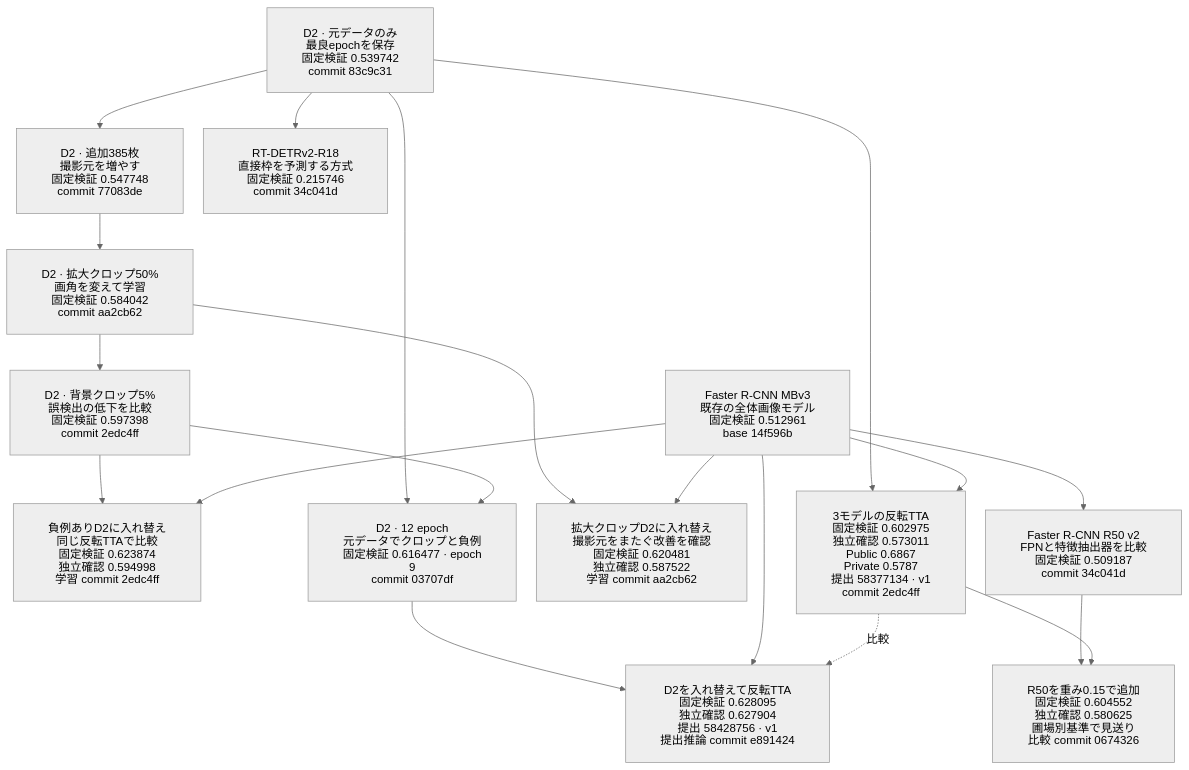
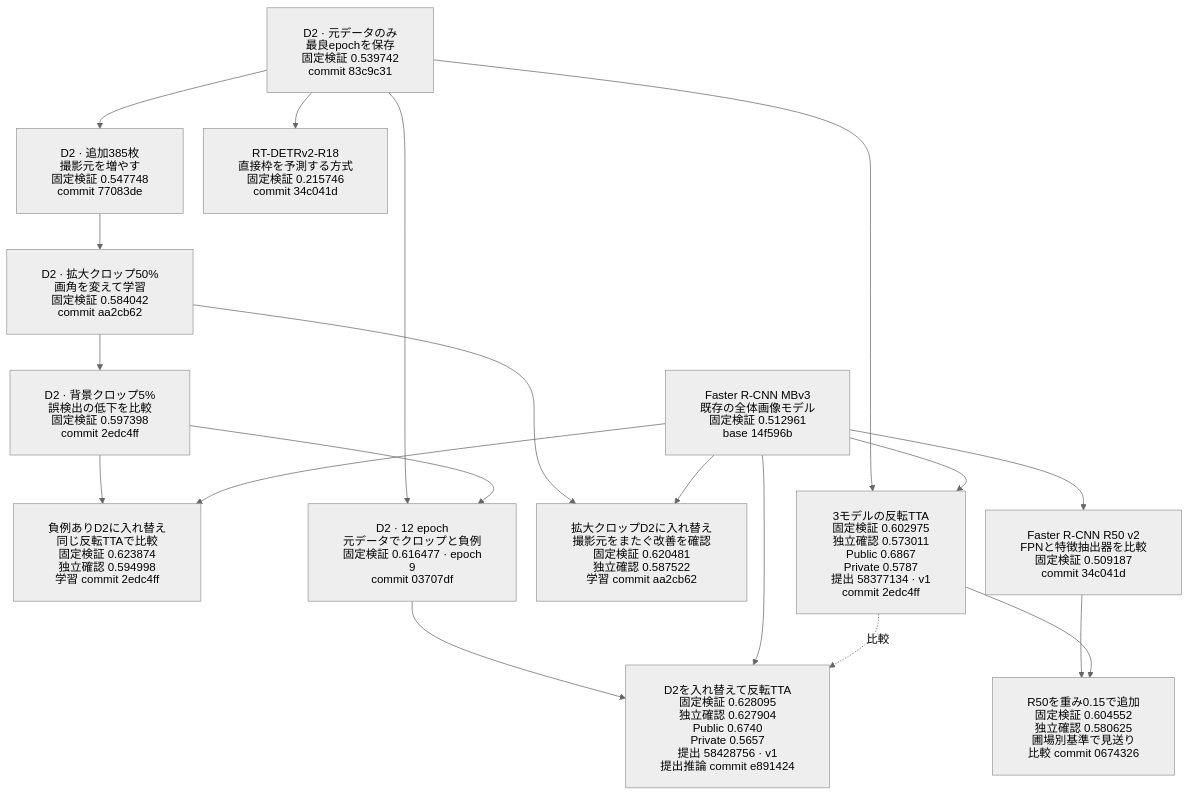
One commit to Yutarotaro/kaggle-global-wheat-detection changed the fifth of 5 diagrams in docs/experiment-lineage.md. Above: the diagram before and after it, drawn with Mermaid (neutral theme). The commit also changed other lines of this file and 2 other files, not shown here.

````diff
--- a/docs/experiment-lineage.md
+++ b/docs/experiment-lineage.md
@@ -162,34 +164,34 @@
 ```mermaid
 %%{init: {"htmlLabels": false, "flowchart": {"padding": 24, "nodeSpacing": 28}}}%%
 flowchart TB
     M["Faster R-CNN MBv3<br/>既存の全体画像モデル<br/>固定検証 0.512961<br/>base 14f596b"]
     D["D2 · 元データのみ<br/>最良epochを保存<br/>固定検証 0.539742<br/>commit 83c9c31"]
     F["D2 · 追加385枚<br/>撮影元を増やす<br/>固定検証 0.547748<br/>commit 77083de"]
     C["D2 · 拡大クロップ50%<br/>画角を変えて学習<br/>固定検証 0.584042<br/>commit aa2cb62"]
     N["D2 · 背景クロップ5%<br/>誤検出の低下を比較<br/>固定検証 0.597398<br/>commit 2edc4ff"]
     U["負例ありD2に入れ替え<br/>同じ反転TTAで比較<br/>固定検証 0.623874<br/>独立確認 0.594998<br/>学習 commit 2edc4ff"]
     S["3モデルの反転TTA<br/>固定検証 0.602975<br/>独立確認 0.573011<br/>Public 0.6867<br/>Private 0.5787<br/>提出 58377134 · v1<br/>commit 2edc4ff"]
     Z["拡大クロップD2に入れ替え<br/>撮影元をまたぐ改善を確認<br/>固定検証 0.620481<br/>独立確認 0.587522<br/>学習 commit aa2cb62"]
     T["RT-DETRv2-R18<br/>直接枠を予測する方式<br/>固定検証 0.215746<br/>commit 34c041d"]
     R["Faster R-CNN R50 v2<br/>FPNと特徴抽出器を比較<br/>固定検証 0.509187<br/>commit 34c041d"]
     R15["R50を重み0.15で追加<br/>固定検証 0.604552<br/>独立確認 0.580625<br/>圃場別基準で見送り<br/>比較 commit 0674326"]
     L["D2 · 12 epoch<br/>元データでクロップと負例<br/>固定検証 0.616477 · epoch 9<br/>commit 03707df"]
-    P["D2を入れ替えて反転TTA<br/>固定検証 0.628095<br/>独立確認 0.627904<br/>提出 58428756 · v1<br/>提出推論 commit e891424"]
+    P["D2を入れ替えて反転TTA<br/>固定検証 0.628095<br/>独立確認 0.627904<br/>Public 0.6740<br/>Private 0.5657<br/>提出 58428756 · v1<br/>提出推論 commit e891424"]
 
     D --> F --> C --> N
     C --> Z
     M --> Z
     D --> S
     M --> S
     D --> T
     D --> L
     N --> L
     N --> U
     M --> U
     M --> R
     R --> R15
     S --> R15
     L --> P
     M --> P
     S -. 比較 .-> P
 ```
````
